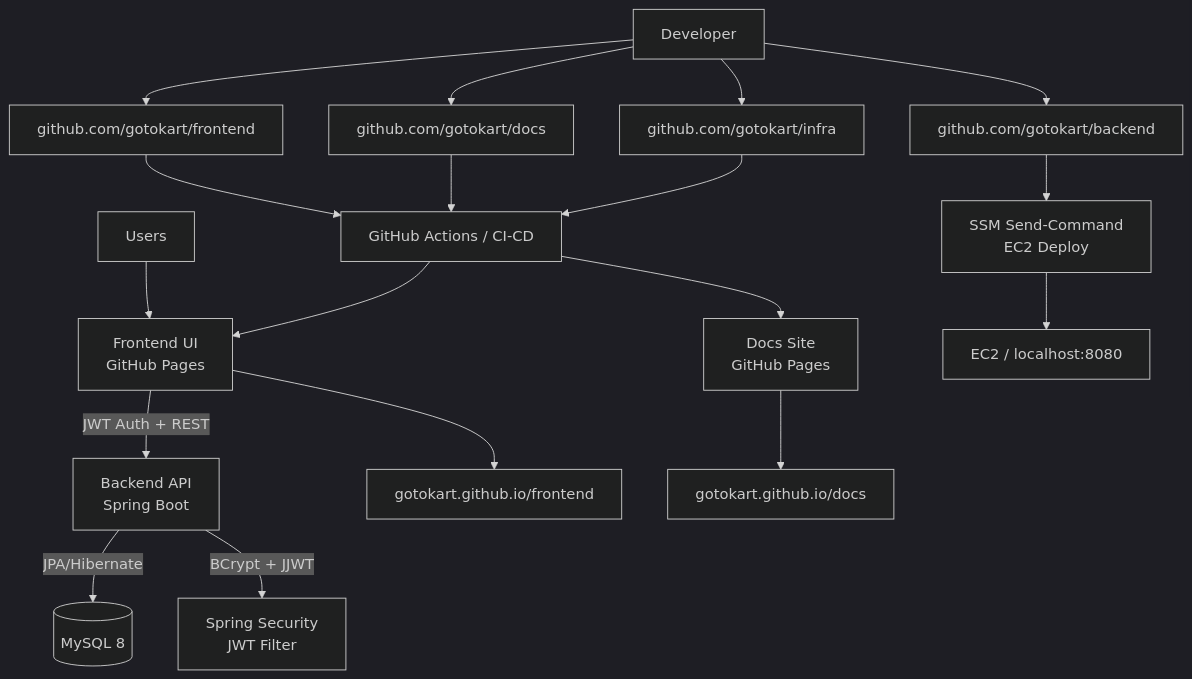
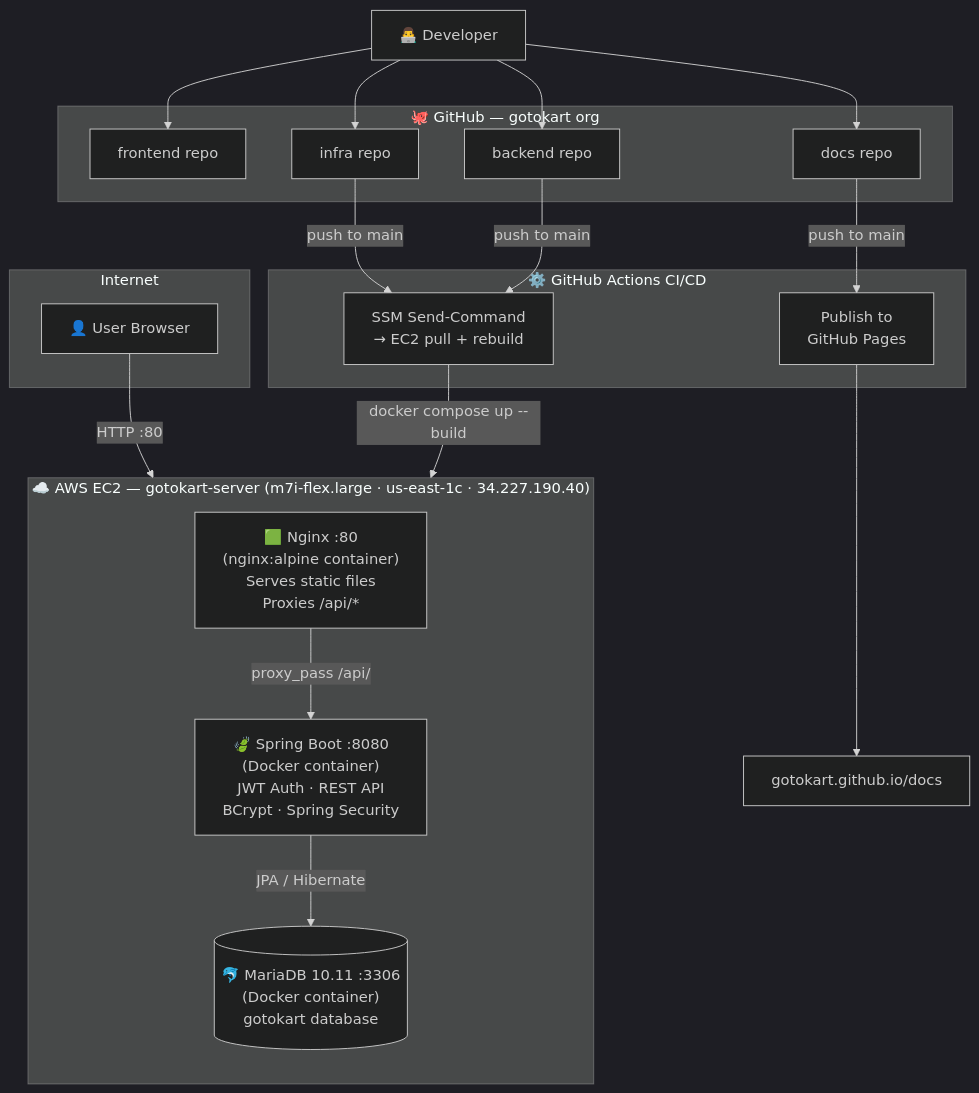
The diagram in pages/index.mdx (gotokart/docs), drawn with Mermaid (dark theme) before and after one commit. The commit also changed other lines of this file and 1 other file, not shown here.

Commit message:
docs: improve architecture diagram with EC2 subgraph + add real instance details table
Made-with: Cursor

````diff
--- a/pages/index.mdx
+++ b/pages/index.mdx
@@ -69,23 +69,35 @@
 ```mermaid
 flowchart TB
-  U[Users] --> FE[Frontend UI<br/>GitHub Pages]
-  FE -->|JWT Auth + REST| BE[Backend API<br/>Spring Boot]
-  BE -->|JPA/Hibernate| DB[(MySQL 8)]
-  BE -->|BCrypt + JJWT| Auth[Spring Security<br/>JWT Filter]
+  subgraph Internet
+    U[👤 User Browser]
+  end
 
-  Dev[Developer] --> RepoFE[github.com/gotokart/frontend]
-  Dev --> RepoBE[github.com/gotokart/backend]
-  Dev --> RepoDocs[github.com/gotokart/docs]
-  Dev --> RepoInfra[github.com/gotokart/infra]
+  subgraph EC2["☁️ AWS EC2 — gotokart-server (m7i-flex.large · us-east-1c · 34.227.190.40)"]
+    direction TB
+    NG["🟩 Nginx :80\n(nginx:alpine container)\nServes static files\nProxies /api/*"]
+    BE["🍃 Spring Boot :8080\n(Docker container)\nJWT Auth · REST API\nBCrypt · Spring Security"]
+    DB[("🐬 MariaDB 10.11 :3306\n(Docker container)\ngotokart database")]
+    NG -->|proxy_pass /api/| BE
+    BE -->|JPA / Hibernate| DB
+  end
 
-  RepoFE --> CI[GitHub Actions / CI-CD]
-  RepoDocs --> CI
-  RepoInfra --> CI
-  RepoBE --> EC2Deploy[SSM Send-Command<br/>EC2 Deploy]
+  subgraph GitHub["🐙 GitHub — gotokart org"]
+    RepoFE[frontend repo]
+    RepoBE[backend repo]
+    RepoInfra[infra repo]
+    RepoDocs[docs repo]
+  end
 
-  CI --> FE
-  CI --> Docs[Docs Site<br/>GitHub Pages]
-  FE --> DomainFE[gotokart.github.io/frontend]
-  Docs --> DomainDocs[gotokart.github.io/docs]
-  EC2Deploy --> DomainAPI[EC2 / localhost:8080]
+  subgraph CI["⚙️ GitHub Actions CI/CD"]
+    Deploy["SSM Send-Command\n→ EC2 pull + rebuild"]
+    PagesCI["Publish to\nGitHub Pages"]
+  end
+
+  U -->|HTTP :80| NG
+  Dev[👨‍💻 Developer] --> RepoFE & RepoBE & RepoInfra & RepoDocs
+  RepoInfra -->|push to main| Deploy
+  RepoBE -->|push to main| Deploy
+  RepoDocs -->|push to main| PagesCI
+  Deploy -->|docker compose up --build| EC2
+  PagesCI --> DocsURL["gotokart.github.io/docs"]
 ```
````
